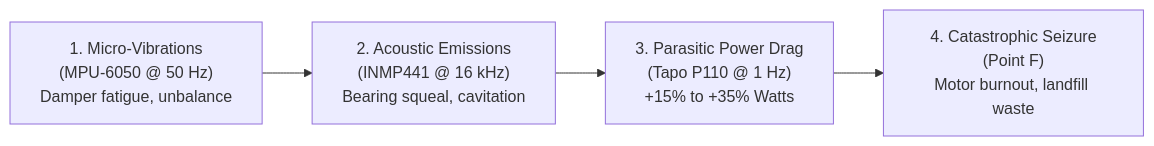
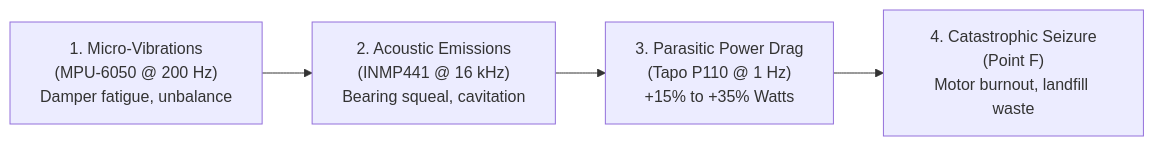
Before and after one commit to adamdanishj30/washer-pdm: the first of 3 diagrams in docs/proposals/PROPOSAL_Apex_PdM_Township_of_Tomorrow.md, drawn with Mermaid. The commit also changed other lines of this file and 5 other files, not shown here.

````diff
--- a/docs/proposals/PROPOSAL_Apex_PdM_Township_of_Tomorrow.md
+++ b/docs/proposals/PROPOSAL_Apex_PdM_Township_of_Tomorrow.md
@@ -83,7 +85,7 @@
 ```mermaid
 flowchart LR
-    A["1. Micro-Vibrations<br/>(MPU-6050 @ 50 Hz)<br/>Damper fatigue, unbalance"]
+    A["1. Micro-Vibrations<br/>(MPU-6050 @ 200 Hz)<br/>Damper fatigue, unbalance"]
     --> B["2. Acoustic Emissions<br/>(INMP441 @ 16 kHz)<br/>Bearing squeal, cavitation"]
     --> C["3. Parasitic Power Drag<br/>(Tapo P110 @ 1 Hz)<br/>+15% to +35% Watts"]
     --> D["4. Catastrophic Seizure<br/>(Point F)<br/>Motor burnout, landfill waste"]
 ```
````
